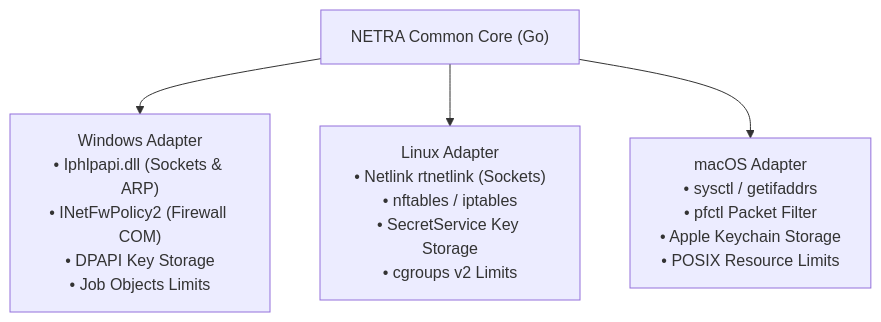
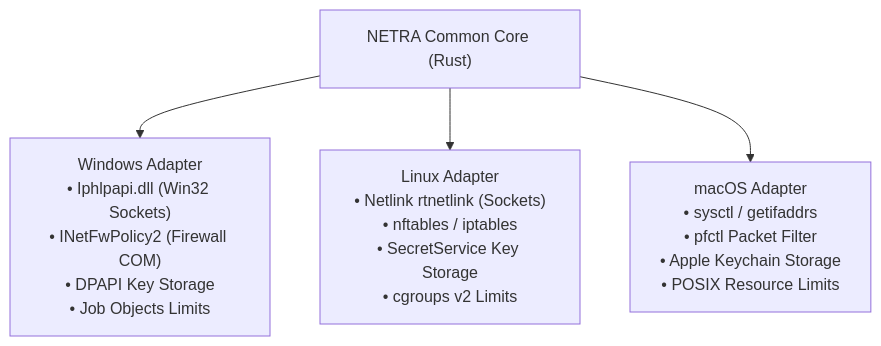
The ninth of 10 diagrams in docs/ARCHITECTURE.md (Subhadip-Paul2006/NETRA-Backend), drawn with Mermaid before and after one commit. The commit also changed other lines of this file and 13 other files, not shown here.

Commit message:
docs: finalize Rust-first systems architecture lock across all 16 specifications

````diff
--- a/docs/ARCHITECTURE.md
+++ b/docs/ARCHITECTURE.md
@@ -200,8 +240,8 @@
 ```mermaid
 flowchart TD
-    Core["NETRA Common Core (Go)"]
+    Core["NETRA Common Core (Rust)"]
     
-    Core --> WinAdapter["Windows Adapter<br/>• Iphlpapi.dll (Sockets & ARP)<br/>• INetFwPolicy2 (Firewall COM)<br/>• DPAPI Key Storage<br/>• Job Objects Limits"]
+    Core --> WinAdapter["Windows Adapter<br/>• Iphlpapi.dll (Win32 Sockets)<br/>• INetFwPolicy2 (Firewall COM)<br/>• DPAPI Key Storage<br/>• Job Objects Limits"]
     Core --> LinuxAdapter["Linux Adapter<br/>• Netlink rtnetlink (Sockets)<br/>• nftables / iptables<br/>• SecretService Key Storage<br/>• cgroups v2 Limits"]
     Core --> MacAdapter["macOS Adapter<br/>• sysctl / getifaddrs<br/>• pfctl Packet Filter<br/>• Apple Keychain Storage<br/>• POSIX Resource Limits"]
 ```
````
